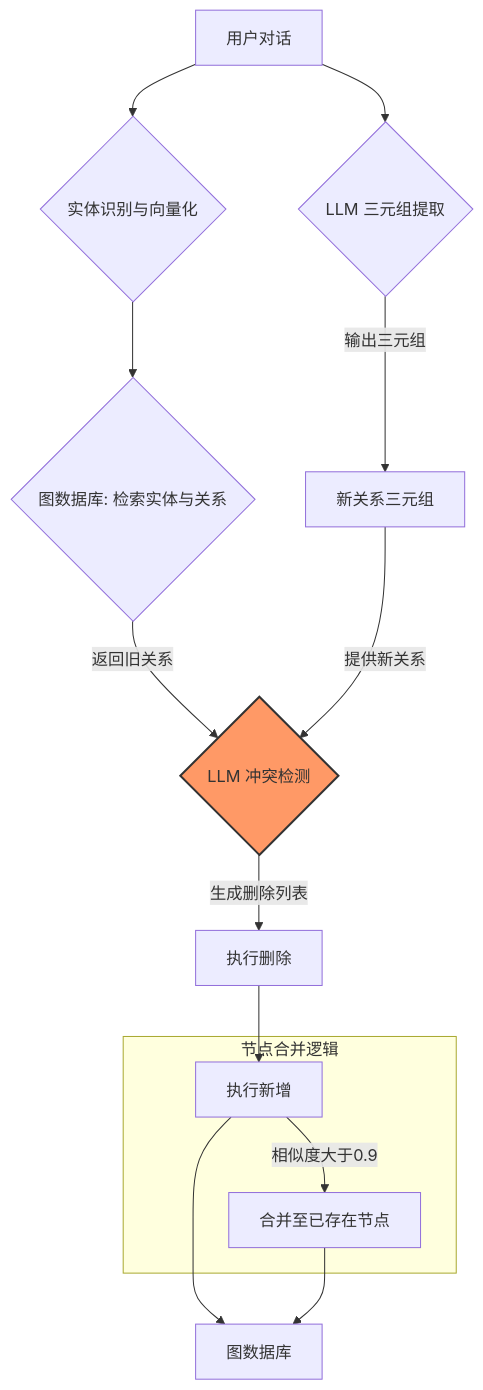
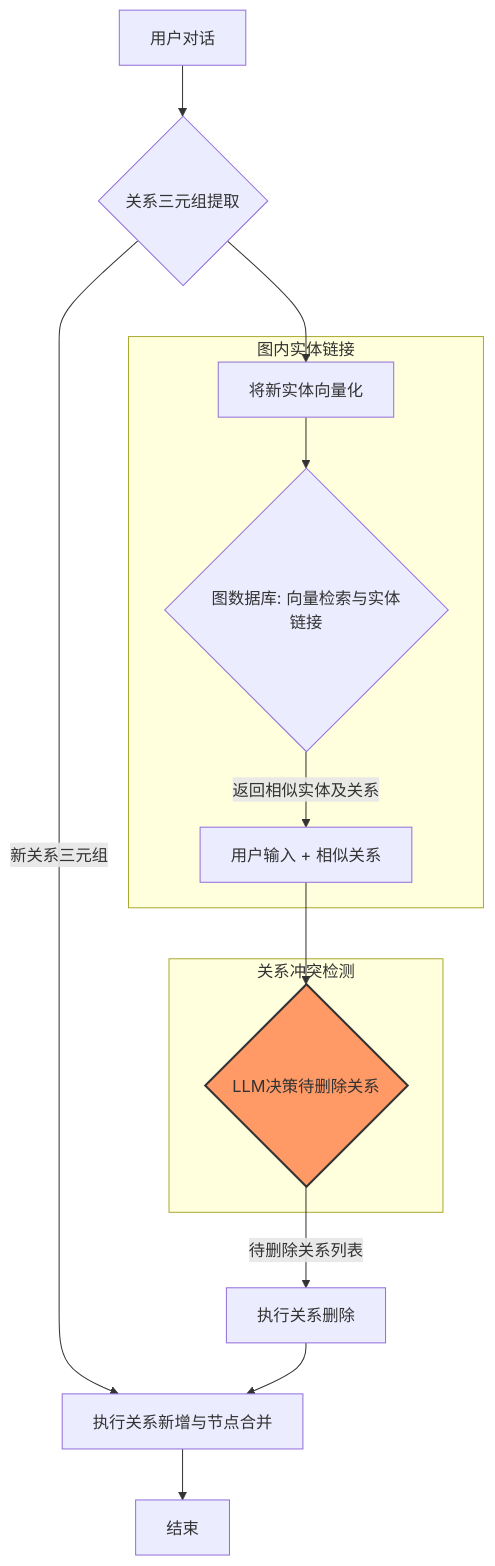
Before and after one commit to gaoxin-pen/SourceCodeInterpretation: the diagram in mem0.md, drawn with Mermaid. The commit also changed other lines of this file, not shown here.

````diff
--- a/mem0.md
+++ b/mem0.md
@@ -85,19 +70,22 @@
 ```mermaid
 flowchart TD
-    A["用户对话"] --> B{"LLM 三元组提取"};
-    B -- "输出三元组" --> C["新关系三元组"];
+    A["用户对话"] --> B{"关系三元组提取"};
+    B -- "新关系三元组" --> G;
+    
+    subgraph "图内实体链接"
+        C["将新实体向量化"] --> D{"图数据库: 向量检索与实体链接"};
+        D -- "返回相似实体及关系" --> E;
+    end
+    B --> C;
 
-    A --> D{"实体识别与向量化"};
-    D --> E{"图数据库: 检索实体与关系"};
-    E -- "返回旧关系" --> F{"LLM 冲突检测"};
-    C -- "提供新关系" --> F;
-    F -- "生成删除列表" --> G["执行删除"];
-    G --> H["执行新增"];
-    subgraph "节点合并逻辑"
-        H -- "相似度大于0.9" --> I["合并至已存在节点"]
+    subgraph "关系冲突检测"
+        E["用户输入 + 相似关系"] --> F{"LLM决策待删除关系"};
     end
-    H --> J["图数据库"]
-    I --> J
 
+    F -- "待删除关系列表" --> H["执行关系删除"];
+    H --> G["执行关系新增与节点合并"];
+    G --> I["结束"];
+    
     style F fill:#F96, stroke:#333, stroke-width:2px
+
 ```
````
